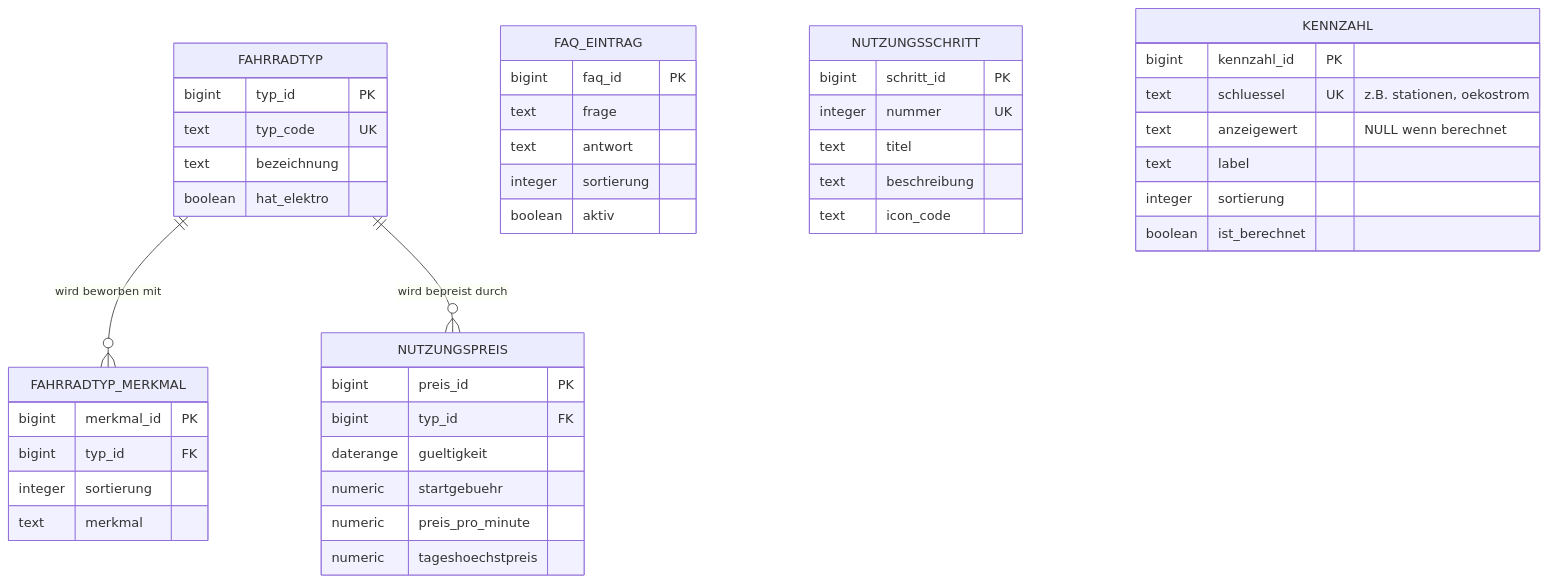
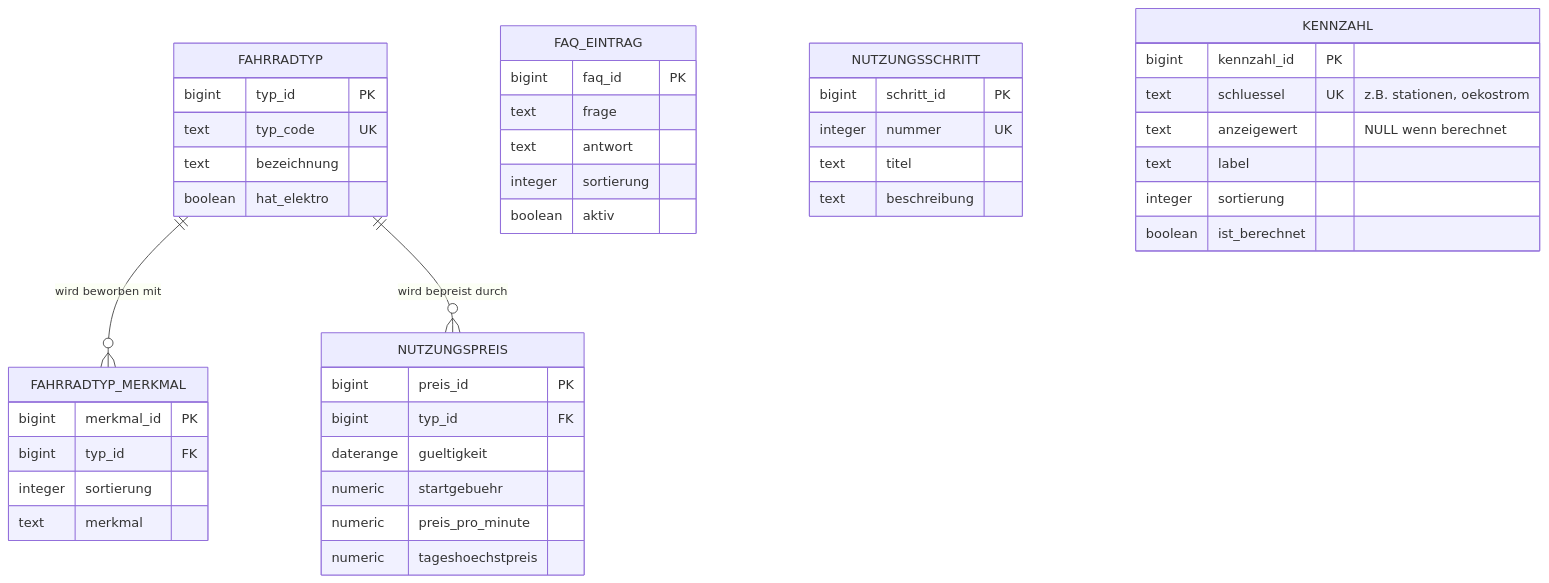
The diagram in doku/datenmodell/erd/erd-inhalte.mmd (swrobuts/velocity-fallstudie), drawn with Mermaid before and after one commit. The commit also changed 12 other files, not shown here.

```diff
--- a/doku/datenmodell/erd/erd-inhalte.mmd
+++ b/doku/datenmodell/erd/erd-inhalte.mmd
@@ -1,46 +1,45 @@
 erDiagram
     FAHRRADTYP ||--o{ FAHRRADTYP_MERKMAL : "wird beworben mit"
     FAHRRADTYP ||--o{ NUTZUNGSPREIS : "wird bepreist durch"
 
     FAQ_EINTRAG {
         bigint faq_id PK
         text frage
         text antwort
         integer sortierung
         boolean aktiv
     }
     NUTZUNGSSCHRITT {
         bigint schritt_id PK
         integer nummer UK
         text titel
         text beschreibung
-        text icon_code
     }
     KENNZAHL {
         bigint kennzahl_id PK
         text schluessel UK "z.B. stationen, oekostrom"
         text anzeigewert "NULL wenn berechnet"
         text label
         integer sortierung
         boolean ist_berechnet
     }
     FAHRRADTYP {
         bigint typ_id PK
         text typ_code UK
         text bezeichnung
         boolean hat_elektro
     }
     FAHRRADTYP_MERKMAL {
         bigint merkmal_id PK
         bigint typ_id FK
         integer sortierung
         text merkmal
     }
     NUTZUNGSPREIS {
         bigint preis_id PK
         bigint typ_id FK
         daterange gueltigkeit
         numeric startgebuehr
         numeric preis_pro_minute
         numeric tageshoechstpreis
     }
```
